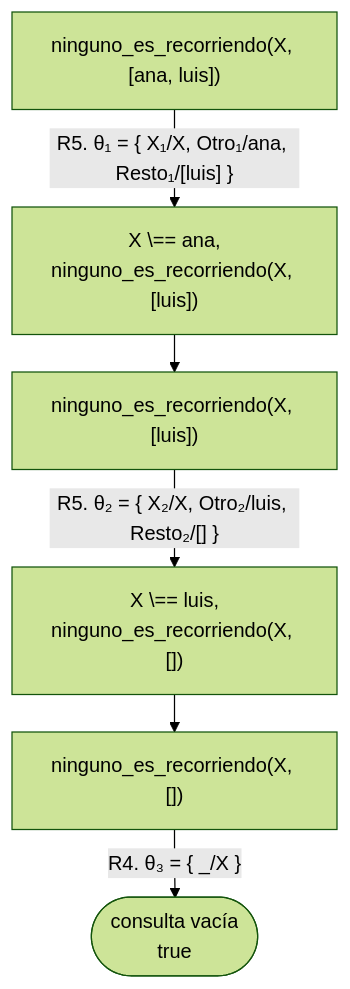
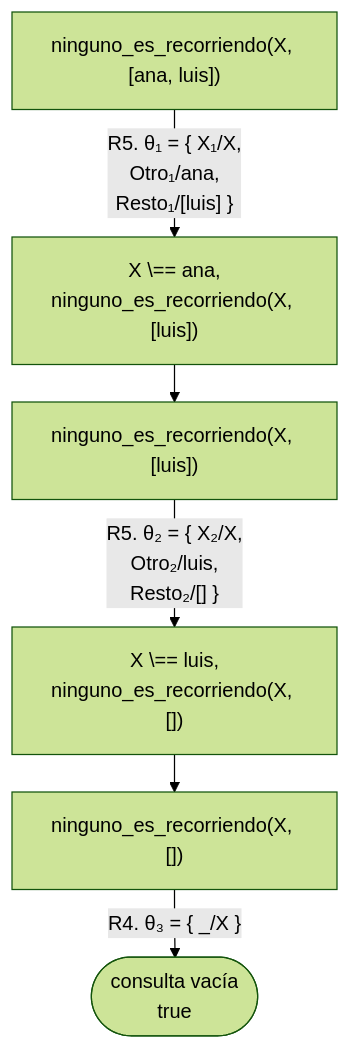
One commit to CesarBallardini/curso-de-prolog changed the second of 5 diagrams in docs/capitulo-10-negacion-como-falla/soluciones.md. Above: the diagram before and after it, drawn with Mermaid (forest theme). The commit also changed other lines of this file and 24 other files, not shown here.

First line of the commit message:
feat(docs): botones para ocultar las columnas laterales y etiquetas cortas en los diagramas

````diff
--- a/docs/capitulo-10-negacion-como-falla/soluciones.md
+++ b/docs/capitulo-10-negacion-como-falla/soluciones.md
@@ -702,9 +702,9 @@
 ```mermaid
 %%{init: {"flowchart": {"rankSpacing": 30}}}%%
 flowchart TD
-    A["ninguno_es_recorriendo(X, [ana, luis])"] -- "R5. θ₁ = {&nbsp;X₁/X, Otro₁/ana, Resto₁/[luis]&nbsp;}" --> B["X \== ana,<br/>ninguno_es_recorriendo(X, [luis])"]
+    A["ninguno_es_recorriendo(X, [ana, luis])"] -- "R5. θ₁ = {&nbsp;X₁/X,<br/>Otro₁/ana,<br/>Resto₁/[luis]&nbsp;}" --> B["X \== ana,<br/>ninguno_es_recorriendo(X, [luis])"]
     B --> C["ninguno_es_recorriendo(X, [luis])"]
-    C -- "R5. θ₂ = {&nbsp;X₂/X, Otro₂/luis, Resto₂/[]&nbsp;}" --> D["X \== luis,<br/>ninguno_es_recorriendo(X, [])"]
+    C -- "R5. θ₂ = {&nbsp;X₂/X,<br/>Otro₂/luis,<br/>Resto₂/[]&nbsp;}" --> D["X \== luis,<br/>ninguno_es_recorriendo(X, [])"]
     D --> E["ninguno_es_recorriendo(X, [])"]
     E -- "R4. θ₃ = {&nbsp;_/X&nbsp;}" --> S(["consulta vacía<br/>true"])
 ```
````
